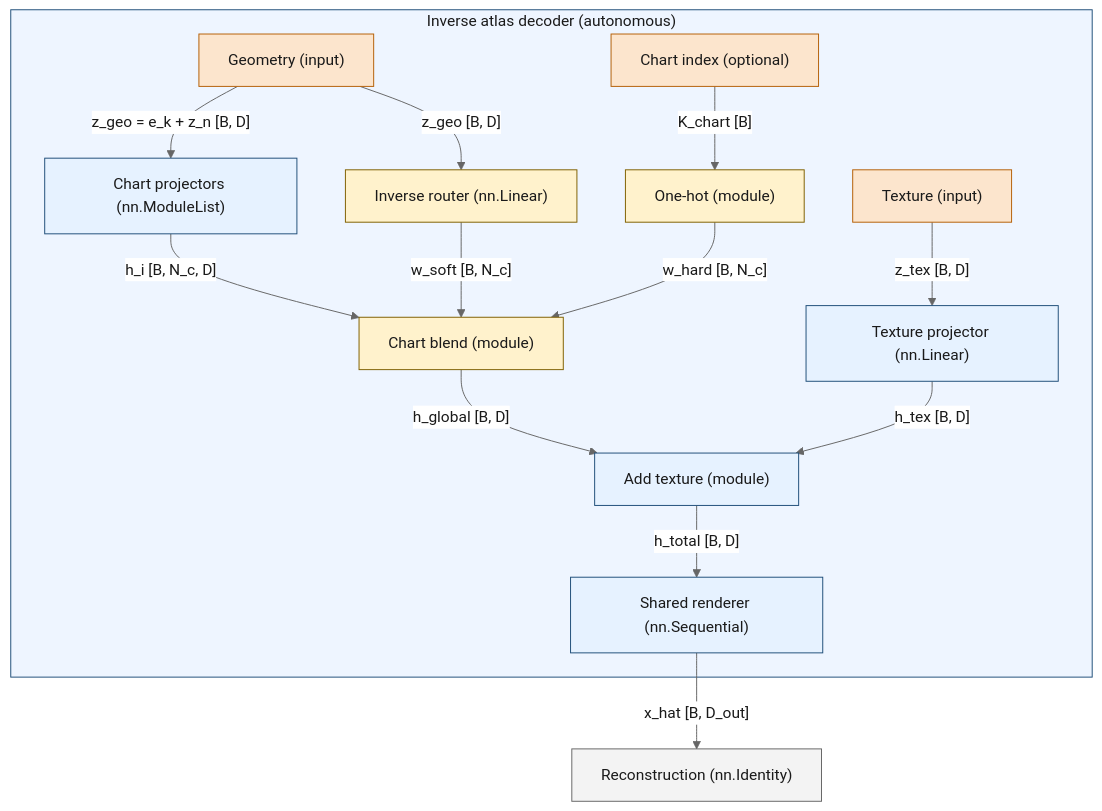
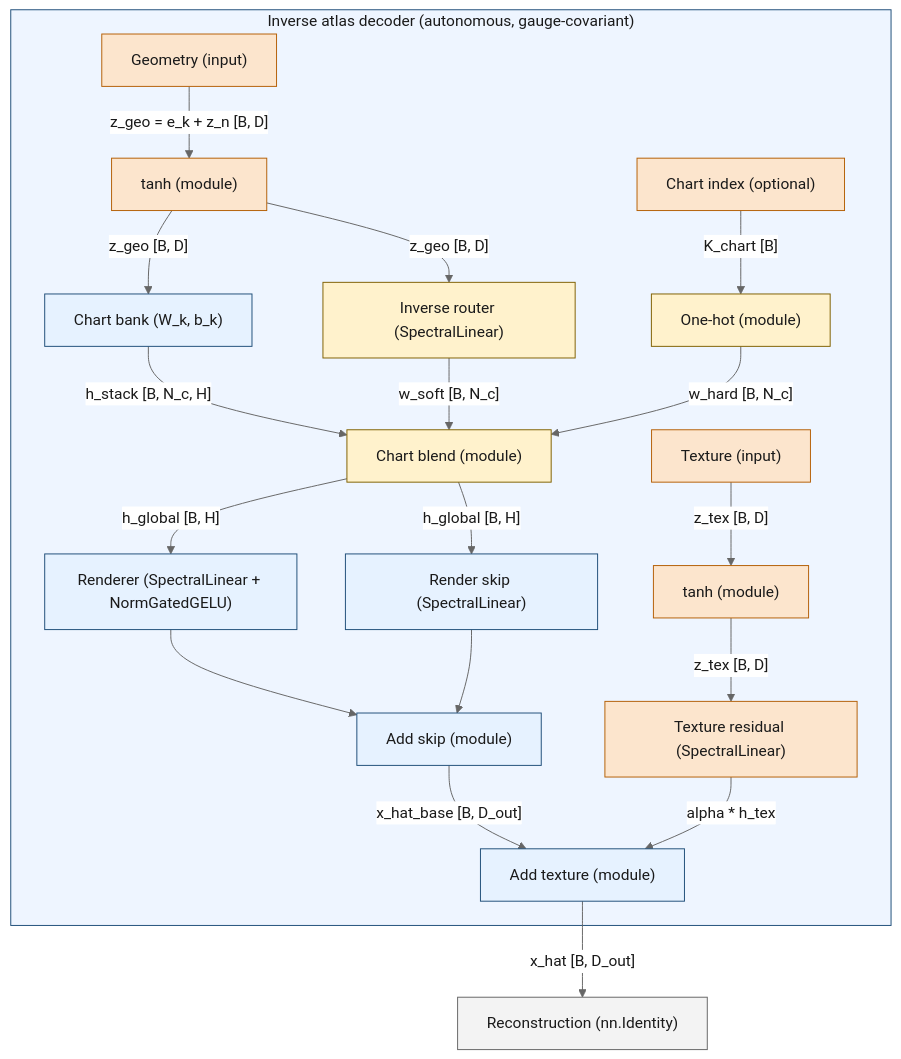
The second of 2 diagrams in docs/source/1_agent/03_architecture/01_compute_tiers.md (FragileTech/fragile), drawn with Mermaid before and after one commit. The commit also changed other lines of this file and 29 other files, not shown here.

````diff
--- a/docs/source/1_agent/03_architecture/01_compute_tiers.md
+++ b/docs/source/1_agent/03_architecture/01_compute_tiers.md
@@ -1593,33 +1593,38 @@
 ```{mermaid}
 %%{init: {"themeVariables": {"edgeLabelBackground":"#ffffff","textColor":"#1a1a1a","lineColor":"#666666"}}}%%
 flowchart TD
-    subgraph DEC["Inverse atlas decoder (autonomous)"]
-        Zgeo["Geometry (input)"] -- "z_geo = e_k + z_n [B, D]" --> Pbank["Chart projectors (nn.ModuleList)"]
-        Zgeo -- "z_geo [B, D]" --> LatentRouter["Inverse router (nn.Linear)"]
+    subgraph DEC["Inverse atlas decoder (autonomous, gauge-covariant)"]
+        Zgeo["Geometry (input)"] -- "z_geo = e_k + z_n [B, D]" --> TanhGeo["tanh (module)"]
+        TanhGeo -- "z_geo [B, D]" --> ChartBank["Chart bank (W_k, b_k)"]
+        TanhGeo -- "z_geo [B, D]" --> LatentRouter["Inverse router (SpectralLinear)"]
         ChartIdx["Chart index (optional)"] -- "K_chart [B]" --> OneHot["One-hot (module)"]
         LatentRouter -- "w_soft [B, N_c]" --> Mix["Chart blend (module)"]
         OneHot -- "w_hard [B, N_c]" --> Mix
-        Ztex["Texture (input)"] -- "z_tex [B, D]" --> Texproj["Texture projector (nn.Linear)"]
 
-        Pbank -- "h_i [B, N_c, D]" --> Mix
-        Mix -- "h_global [B, D]" --> Add["Add texture (module)"]
-        Texproj -- "h_tex [B, D]" --> Add
+        ChartBank -- "h_stack [B, N_c, H]" --> Mix
+        Mix -- "h_global [B, H]" --> Render["Renderer (SpectralLinear + NormGatedGELU)"]
+        Mix -- "h_global [B, H]" --> Skip["Render skip (SpectralLinear)"]
+        Render --> AddSkip["Add skip (module)"]
+        Skip --> AddSkip
 
-        Add -- "h_total [B, D]" --> Render["Shared renderer (nn.Sequential)"]
+        Ztex["Texture (input)"] -- "z_tex [B, D]" --> TanhTex["tanh (module)"]
+        TanhTex -- "z_tex [B, D]" --> TexRes["Texture residual (SpectralLinear)"]
+        TexRes -- "alpha * h_tex" --> AddTex["Add texture (module)"]
+        AddSkip -- "x_hat_base [B, D_out]" --> AddTex
     end
 
-    Render -- "x_hat [B, D_out]" --> Out["Reconstruction (nn.Identity)"]
+    AddTex -- "x_hat [B, D_out]" --> Out["Reconstruction (nn.Identity)"]
 
     classDef decoder fill:#e6f2ff,stroke:#1f4e79,stroke-width:1px,color:#1a1a1a;
     classDef router fill:#fff2cc,stroke:#7f6000,stroke-width:1px,color:#1a1a1a;
     classDef vq fill:#e2f0d9,stroke:#38761d,stroke-width:1px,color:#1a1a1a;
     classDef residual fill:#fce5cd,stroke:#b45f06,stroke-width:1px,color:#1a1a1a;
     classDef io fill:#f3f3f3,stroke:#666666,stroke-width:1px,color:#1a1a1a;
 
     class LatentRouter,OneHot,Mix router;
-    class ChartIdx,Zgeo,Ztex residual;
-    class Pbank,Texproj,Render,Add decoder;
+    class ChartIdx,Zgeo,Ztex,TanhGeo,TanhTex,TexRes residual;
+    class ChartBank,Render,Skip,AddSkip,AddTex decoder;
     class Out io;
 
     style DEC fill:#eef5ff,stroke:#1f4e79,stroke-width:1px,color:#1a1a1a;
 ```
````
